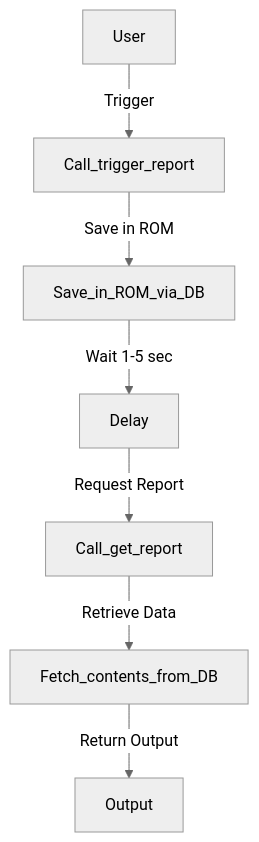
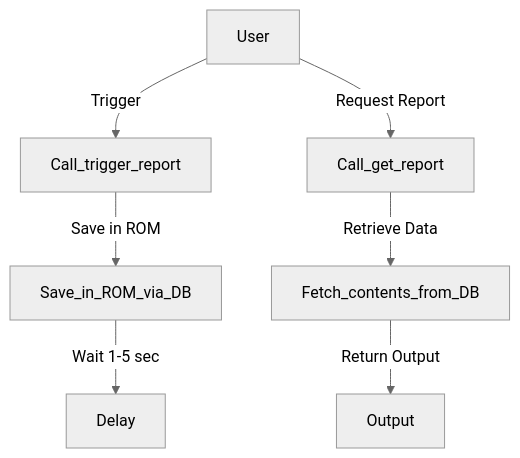
Before and after one commit to WRenchJr42/Yashas_10-03-2025: the second of 2 diagrams in README.md, drawn with Mermaid (neutral theme). The commit also changed other lines of this file, not shown here.

````diff
--- a/README.md
+++ b/README.md
@@ -20,10 +20,10 @@
 ```mermaid
 graph TD;
     User -->|Trigger| Call_trigger_report;
     Call_trigger_report -->|Save in ROM| Save_in_ROM_via_DB;
     Save_in_ROM_via_DB -->|Wait 1-5 sec| Delay;
-    Delay -->|Request Report| Call_get_report;
+    User -->|Request Report| Call_get_report;
     Call_get_report -->|Retrieve Data| Fetch_contents_from_DB;
     Fetch_contents_from_DB -->|Return Output| Output;
 
 ```
````
